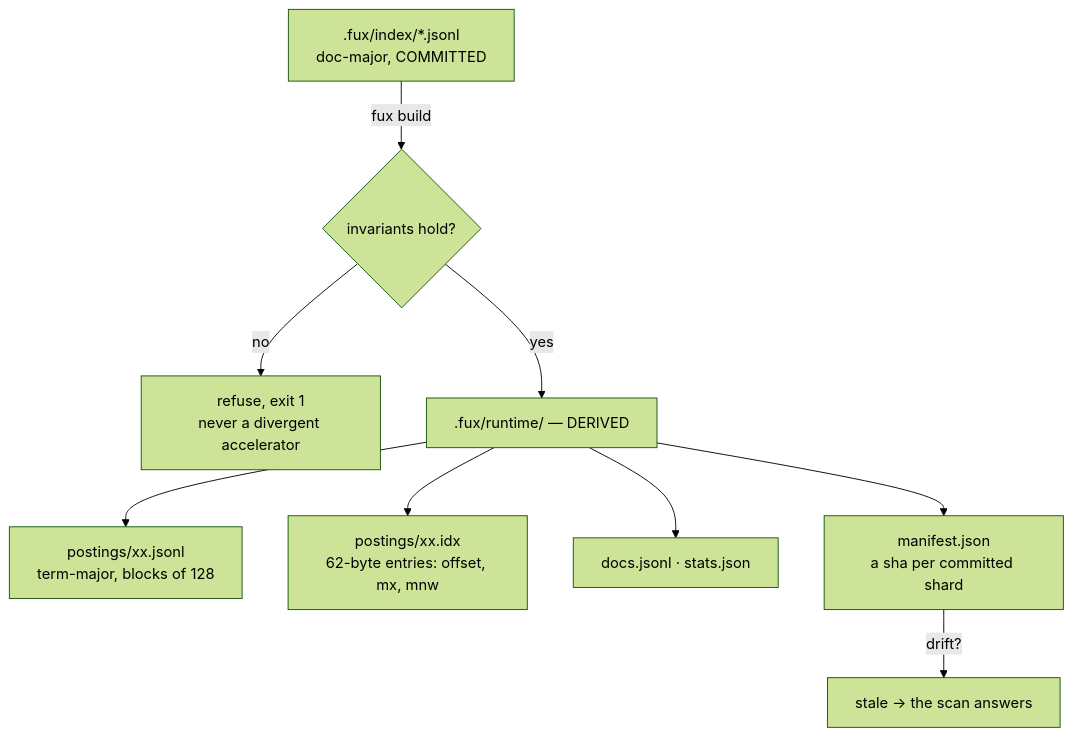
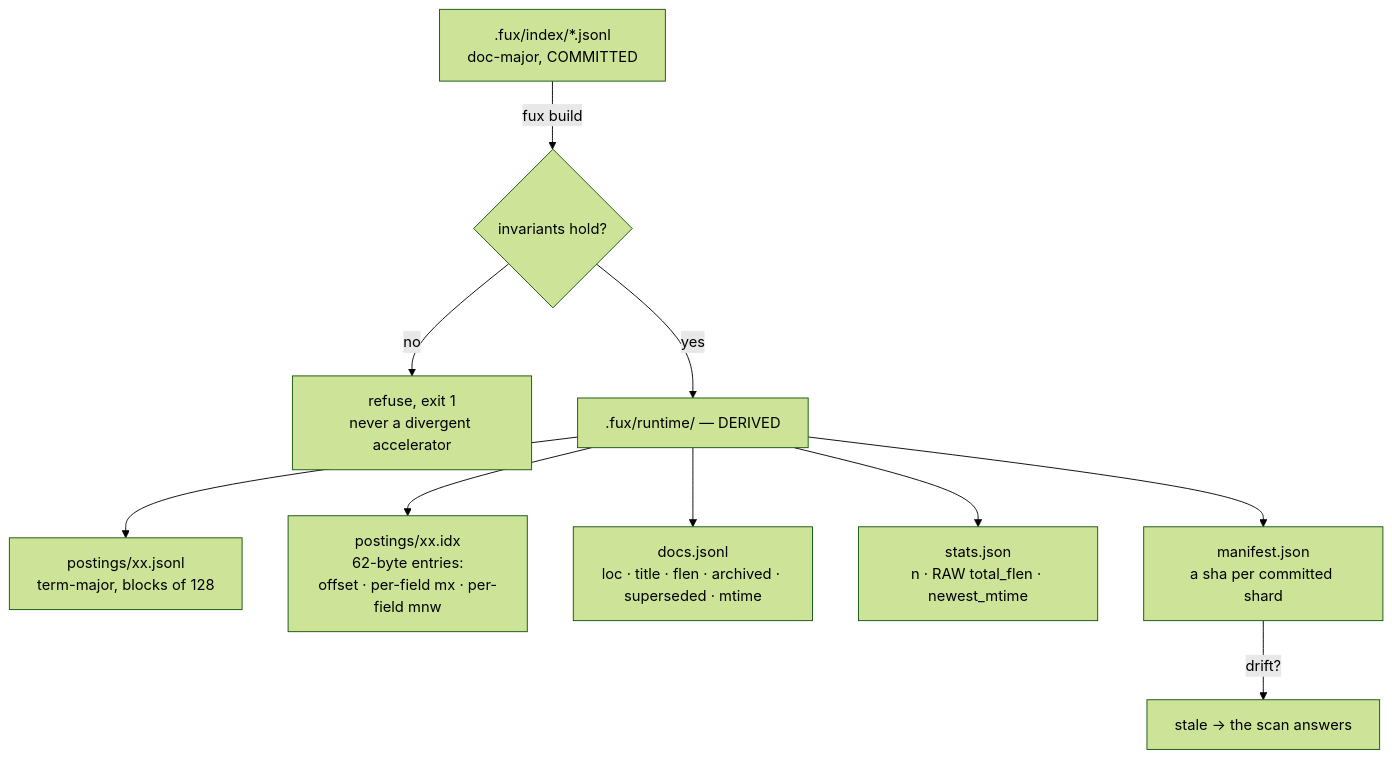
One commit to arpitarya/fux changed the first of 2 diagrams in docs/adr/0011_accelerator.md. Above: the diagram before and after it, drawn with Mermaid (forest theme). The commit also changed other lines of this file and 442 other files, not shown here.

````diff
--- a/docs/adr/0011_accelerator.md
+++ b/docs/adr/0011_accelerator.md
@@ -90,11 +39,12 @@
 ```mermaid
 flowchart TD
     C[".fux/index/*.jsonl<br/>doc-major, COMMITTED"] -->|"fux build"| INV{"invariants hold?"}
     INV -->|no| ERR["refuse, exit 1<br/>never a divergent accelerator"]
     INV -->|yes| R[".fux/runtime/ — DERIVED"]
     R --> P["postings/xx.jsonl<br/>term-major, blocks of 128"]
-    R --> I["postings/xx.idx<br/>62-byte entries: offset, mx, mnw"]
-    R --> D["docs.jsonl · stats.json"]
+    R --> I["postings/xx.idx<br/>62-byte entries:<br/>offset · per-field mx · per-field mnw"]
+    R --> D["docs.jsonl<br/>loc · title · flen · archived · superseded · mtime"]
+    R --> ST["stats.json<br/>n · RAW total_flen · newest_mtime"]
     R --> M["manifest.json<br/>a sha per committed shard"]
     M -->|"drift?"| S["stale -> the scan answers"]
 ```
````
